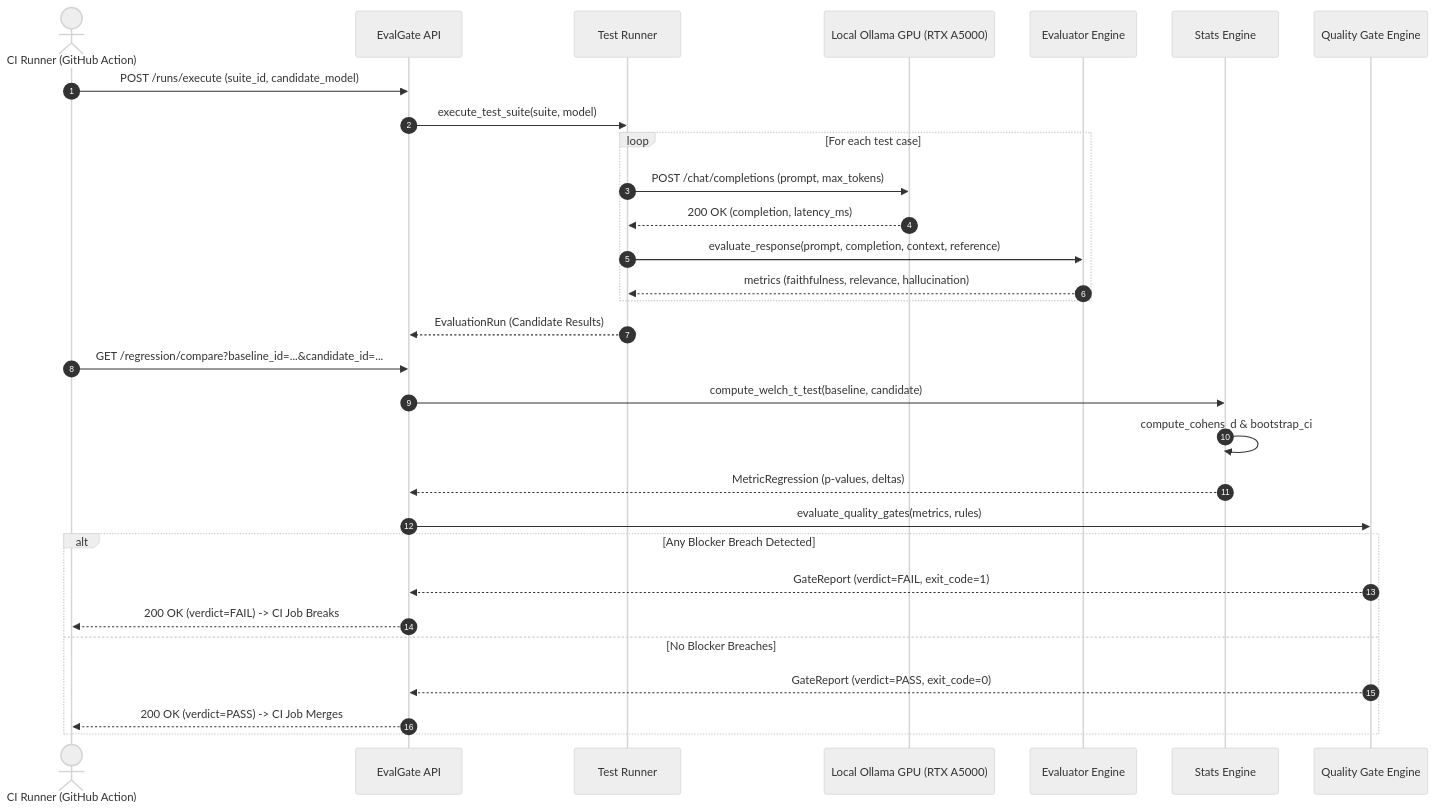
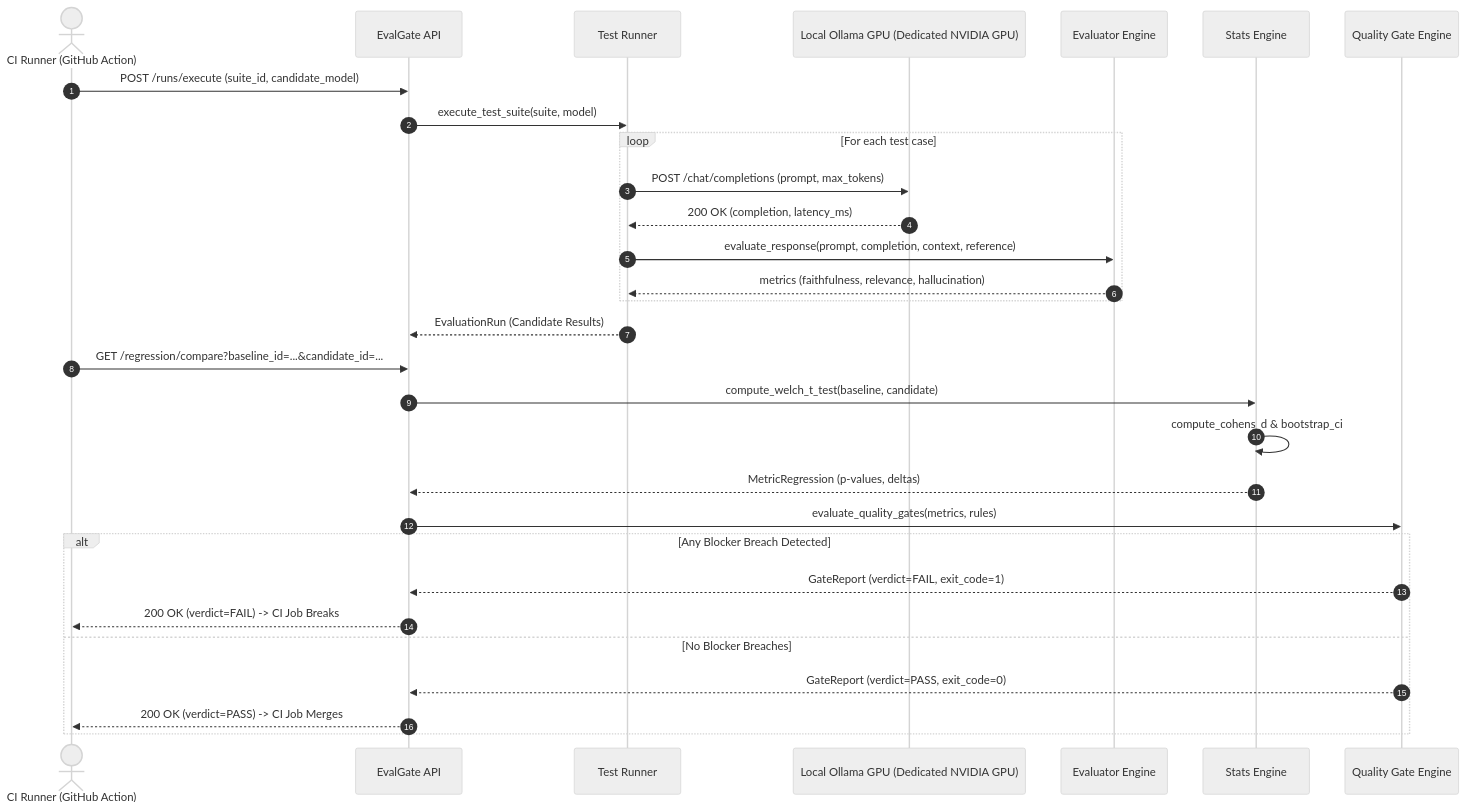
One commit to Kyrollo/evalgate changed the second of 3 diagrams in docs/architecture.md. Above: the diagram before and after it, drawn with Mermaid (neutral theme). The commit also changed other lines of this file and 7 other files, not shown here.

````diff
--- a/docs/architecture.md
+++ b/docs/architecture.md
@@ -56,35 +56,35 @@
 ```mermaid
 sequenceDiagram
     autonumber
     actor CI as CI Runner (GitHub Action)
     participant API as EvalGate API
     participant Runner as Test Runner
-    participant GPU as Local Ollama GPU (RTX A5000)
+    participant GPU as Local Ollama GPU (Dedicated NVIDIA GPU)
     participant Eval as Evaluator Engine
     participant Stats as Stats Engine
     participant Gate as Quality Gate Engine
 
     CI->>API: POST /runs/execute (suite_id, candidate_model)
     API->>Runner: execute_test_suite(suite, model)
     loop For each test case
         Runner->>GPU: POST /chat/completions (prompt, max_tokens)
         GPU-->>Runner: 200 OK (completion, latency_ms)
         Runner->>Eval: evaluate_response(prompt, completion, context, reference)
         Eval-->>Runner: metrics (faithfulness, relevance, hallucination)
     end
     Runner-->>API: EvaluationRun (Candidate Results)
 
     CI->>API: GET /regression/compare?baseline_id=...&candidate_id=...
     API->>Stats: compute_welch_t_test(baseline, candidate)
     Stats->>Stats: compute_cohens_d & bootstrap_ci
     Stats-->>API: MetricRegression (p-values, deltas)
 
     API->>Gate: evaluate_quality_gates(metrics, rules)
     alt Any Blocker Breach Detected
         Gate-->>API: GateReport (verdict=FAIL, exit_code=1)
         API-->>CI: 200 OK (verdict=FAIL) -> CI Job Breaks
     else No Blocker Breaches
         Gate-->>API: GateReport (verdict=PASS, exit_code=0)
         API-->>CI: 200 OK (verdict=PASS) -> CI Job Merges
     end
 ```
````
